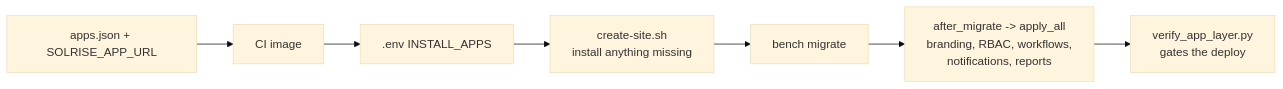
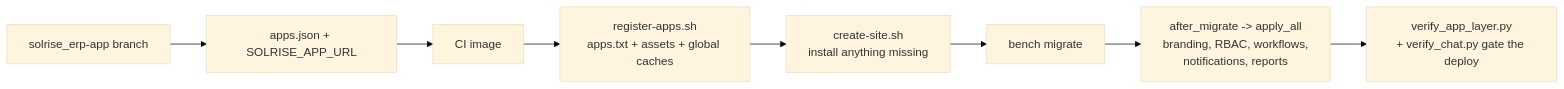
Before and after one commit to daniyalbphq-commits/solrise-erp: the second of 2 diagrams in docs/16-deployment-pipeline-status.md, drawn with Mermaid (base theme). The commit also changed other lines of this file and 2 other files, not shown here.

First line of the commit message:
Record the app deployment and its traps

````diff
--- a/docs/16-deployment-pipeline-status.md
+++ b/docs/16-deployment-pipeline-status.md
@@ -178,7 +182,8 @@
 ```mermaid
 flowchart LR
-    A[apps.json + SOLRISE_APP_URL] --> B[CI image] --> C[.env INSTALL_APPS]
-    C --> D[create-site.sh<br/>install anything missing] --> E[bench migrate]
-    E --> F[after_migrate -> apply_all<br/>branding, RBAC, workflows,<br/>notifications, reports]
-    F --> G[verify_app_layer.py<br/>gates the deploy]
+    A[solrise_erp-app branch] --> B[apps.json + SOLRISE_APP_URL] --> C[CI image]
+    C --> D[register-apps.sh<br/>apps.txt + assets + global caches]
+    D --> E[create-site.sh<br/>install anything missing] --> F[bench migrate]
+    F --> G[after_migrate -> apply_all<br/>branding, RBAC, workflows,<br/>notifications, reports]
+    G --> H[verify_app_layer.py<br/>+ verify_chat.py gate the deploy]
 ```
````
